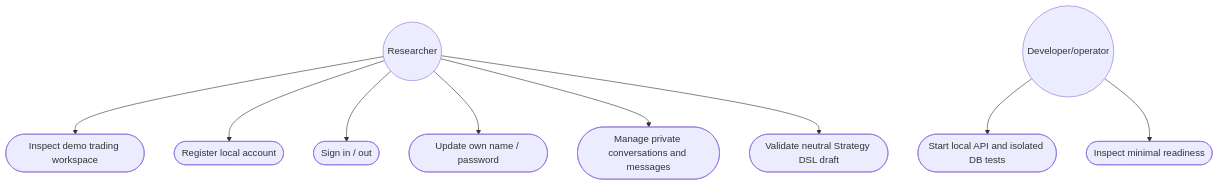
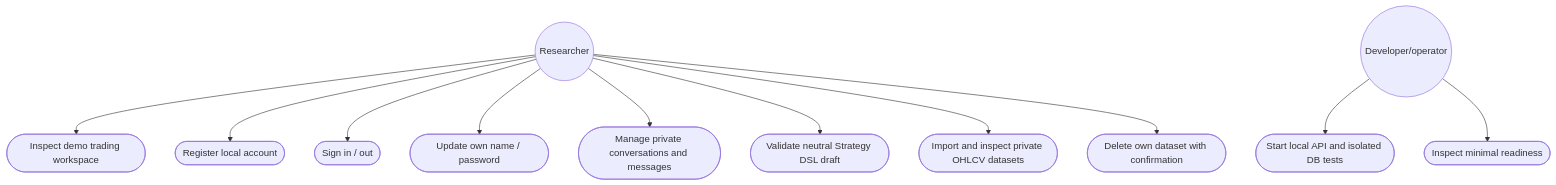
One commit to tranbaohoang10/AITrading changed the second of 2 diagrams in docs/architecture.md. Above: the diagram before and after it, drawn with Mermaid. The commit also changed other lines of this file and 43 other files, not shown here.

First line of the commit message:
feat(market): nhập dữ liệu OHLCV riêng tư và hiển thị biểu đồ nến

````diff
--- a/docs/architecture.md
+++ b/docs/architecture.md
@@ -32,11 +32,13 @@
 ```mermaid
 flowchart TB
   Researcher((Researcher)) --> Shell([Inspect demo trading workspace])
   Researcher --> Register([Register local account])
   Researcher --> Login([Sign in / out])
   Researcher --> Account([Update own name / password])
   Researcher --> Chat([Manage private conversations and messages])
   Researcher --> DSL([Validate neutral Strategy DSL draft])
+  Researcher --> Market([Import and inspect private OHLCV datasets])
+  Researcher --> DeleteMarket([Delete own dataset with confirmation])
   Operator((Developer/operator)) --> Start([Start local API and isolated DB tests])
   Operator --> Ready([Inspect minimal readiness])
 ```
````
